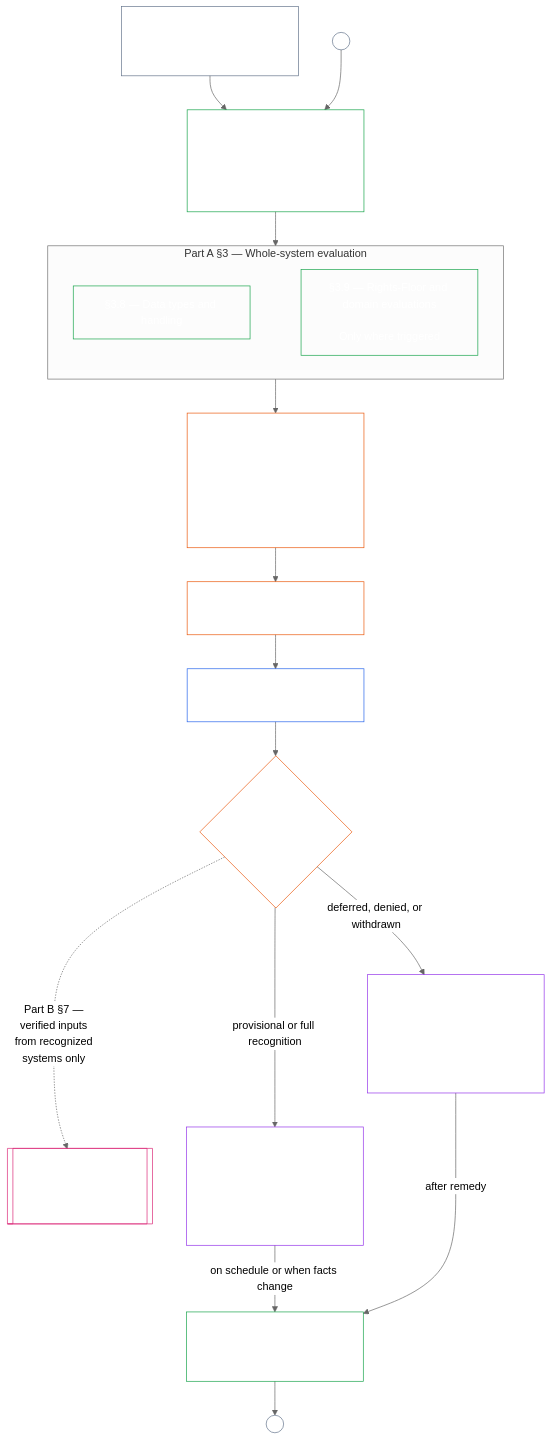
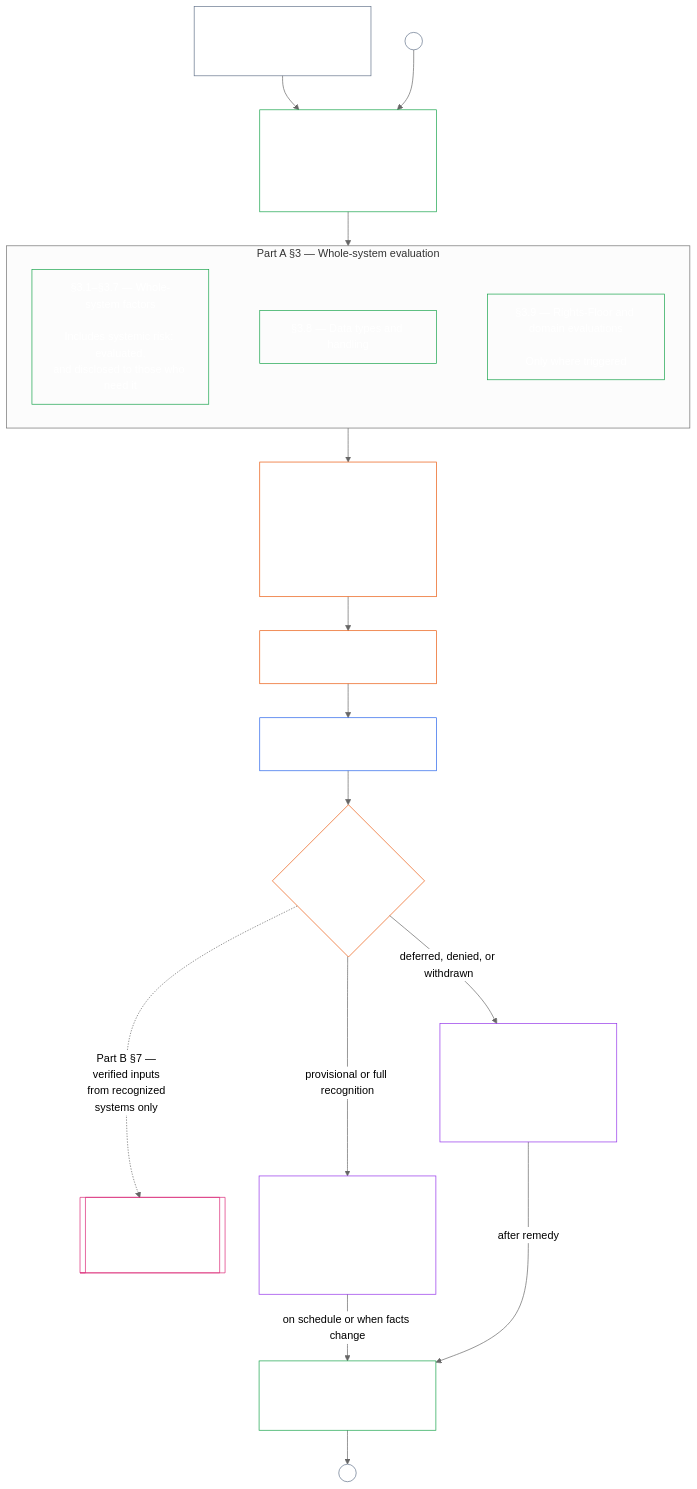
One commit to kfoelsch/Sentient_Constitution changed the diagram in core_08_a_system_alignment_certification_evaluation.md. Above: the diagram before and after it, drawn with Mermaid (neutral theme). The commit also changed other lines of this file, not shown here.

First line of the commit message:
docs(ch8a): restructure assurance/defect lists, plain-language risk bridge, chart box

````diff
--- a/core_08_a_system_alignment_certification_evaluation.md
+++ b/core_08_a_system_alignment_certification_evaluation.md
@@ -68,49 +68,51 @@
 ```mermaid
 flowchart TB
     T["System with material impact seeks recognition,<br/>or reliance on it grows"]
     C["Part A §2 — Classify honestly<br/><br/>Class sets depth and re-check schedule"]
     subgraph W["Part A §3 — Whole-system evaluation"]
         direction LR
+        Rk["§3.1–§3.7 — Whole-system factors<br/><br/>Includes systemic risk: evaluated,<br/>and disclosed to those who need it"]
         D["§3.8 — Data types and handling"]
         R["§3.9 — Rights-Floor and domain evaluations<br/><br/>Only where triggered"]
-        D ~~~ R
+        Rk ~~~ D ~~~ R
     end
     F["Part B §5.1–§5.2 — Forum component findings"]
     Rec["Part B §4 — One System Certification Record"]
     S[["Chapter Nine — Standing<br/>records<br/><br/>Outside this chapter"]]
     O{"Part B §6.1 — Outcome"}
     Ch["Part B §5.3 — Published challenge path<br/><br/>Open and named in the record before sign-off;<br/>a credible challenge reopens review at §6.2"]
     U["Reliance within stated limits<br/><br/>Provisional: shorter recertification clock<br/>Full: longer clock, earned only by clean recertification"]
     X["Remedy the defects<br/><br/>Response runs on the Chapter Twelve tier clocks<br/>Next recognition is provisional"]
     Re["Part B §6.2 — Recertification, reopening,<br/>or fresh review"]
     T --> C
     A1((A)) --> C
     C --> W
     W --> Ch
     Ch --> F
     F --> Rec
     Rec --> O
     O -..->|Part B §7 —<br/>verified inputs<br/>from recognized<br/>systems only| S
     O -->|provisional or full recognition| U
     O -->|deferred, denied, or withdrawn| X
     S ~~~ Re
     Rec ~~~ S
     Rec ~~~ X
     U -->|on schedule or when facts change| Re
     X -->|after remedy| Re
     Re --> A2((A))
     style T fill:none,stroke:#64748b,color:#ffffff
     style C fill:none,stroke:#16a34a,color:#ffffff
+    style Rk fill:none,stroke:#16a34a,color:#ffffff
     style D fill:none,stroke:#16a34a,color:#ffffff
     style R fill:none,stroke:#16a34a,color:#ffffff
     style F fill:none,stroke:#ea580c,color:#ffffff
     style Rec fill:none,stroke:#2563eb,color:#ffffff
     style S fill:none,stroke:#db2777,color:#ffffff
     style O fill:none,stroke:#ea580c,color:#ffffff
     style Ch fill:none,stroke:#ea580c,color:#ffffff
     style U fill:none,stroke:#9333ea,color:#ffffff
     style X fill:none,stroke:#9333ea,color:#ffffff
     style Re fill:none,stroke:#16a34a,color:#ffffff
     style A1 fill:none,stroke:#64748b,color:#ffffff
     style A2 fill:none,stroke:#64748b,color:#ffffff
 ```
````
